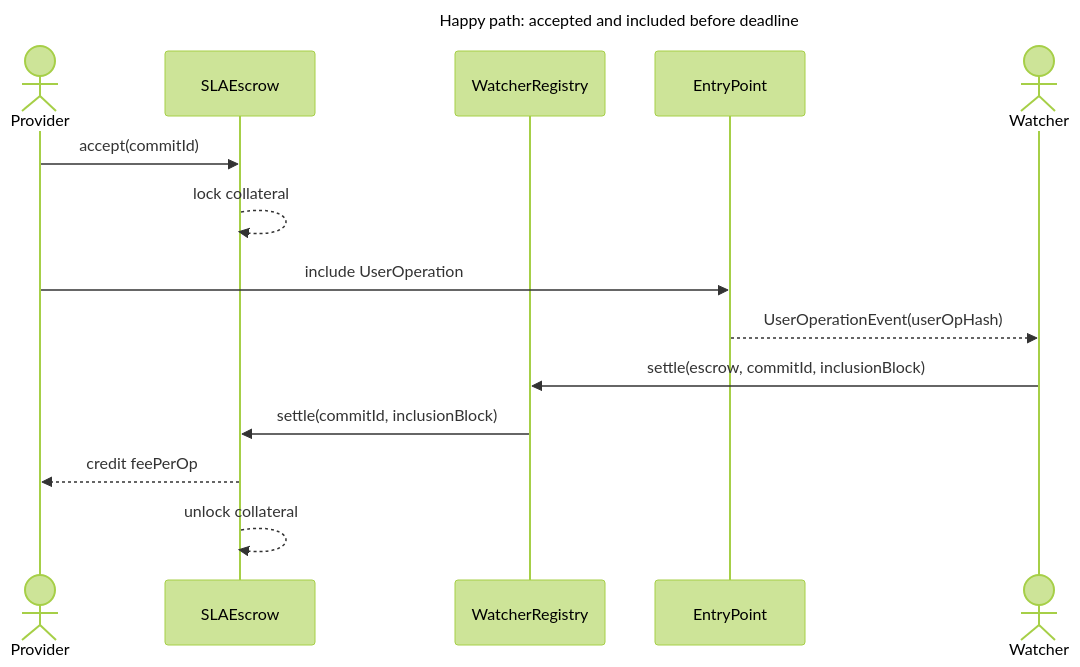
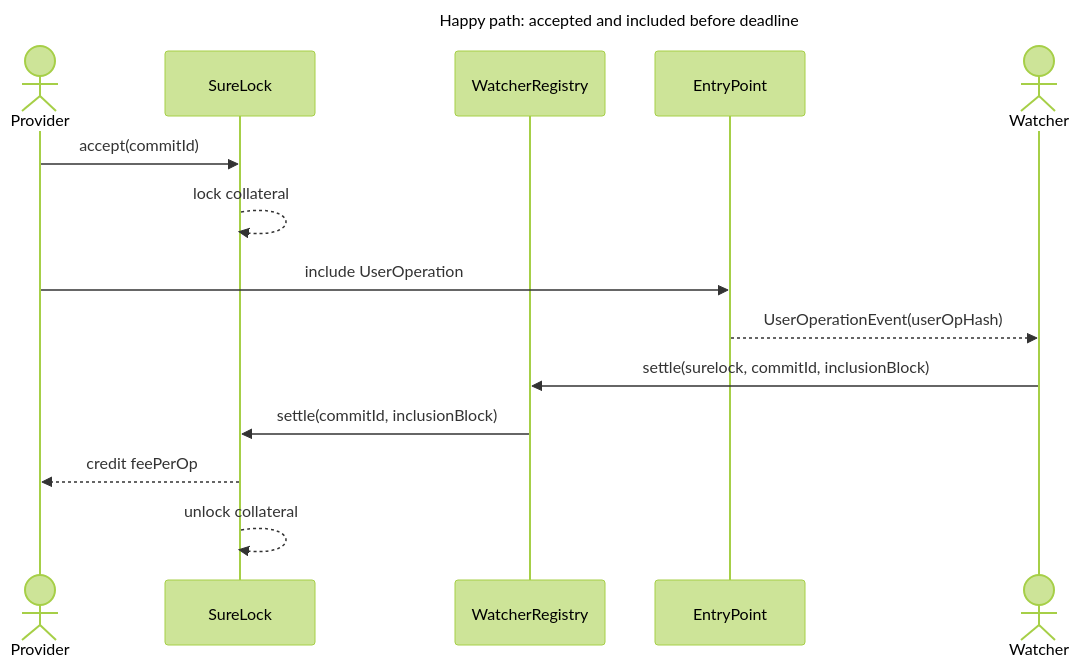
Before and after one commit to surelock-labs/surelock: the third of 5 diagrams in docs/PROTOCOL.md, drawn with Mermaid (forest theme). The commit also changed other lines of this file, not shown here.

````diff
--- a/docs/PROTOCOL.md
+++ b/docs/PROTOCOL.md
@@ -55,18 +55,18 @@
 ```mermaid
 sequenceDiagram
     title Happy path: accepted and included before deadline
     actor Provider
-    participant SLAEscrow
+    participant SureLock
     participant WatcherRegistry
     participant EntryPoint
     actor Watcher
 
-    Provider->>SLAEscrow: accept(commitId)
-    SLAEscrow-->>SLAEscrow: lock collateral
+    Provider->>SureLock: accept(commitId)
+    SureLock-->>SureLock: lock collateral
     Provider->>EntryPoint: include UserOperation
     EntryPoint-->>Watcher: UserOperationEvent(userOpHash)
-    Watcher->>WatcherRegistry: settle(escrow, commitId, inclusionBlock)
-    WatcherRegistry->>SLAEscrow: settle(commitId, inclusionBlock)
-    SLAEscrow-->>Provider: credit feePerOp
-    SLAEscrow-->>SLAEscrow: unlock collateral
+    Watcher->>WatcherRegistry: settle(surelock, commitId, inclusionBlock)
+    WatcherRegistry->>SureLock: settle(commitId, inclusionBlock)
+    SureLock-->>Provider: credit feePerOp
+    SureLock-->>SureLock: unlock collateral
 ```
````
